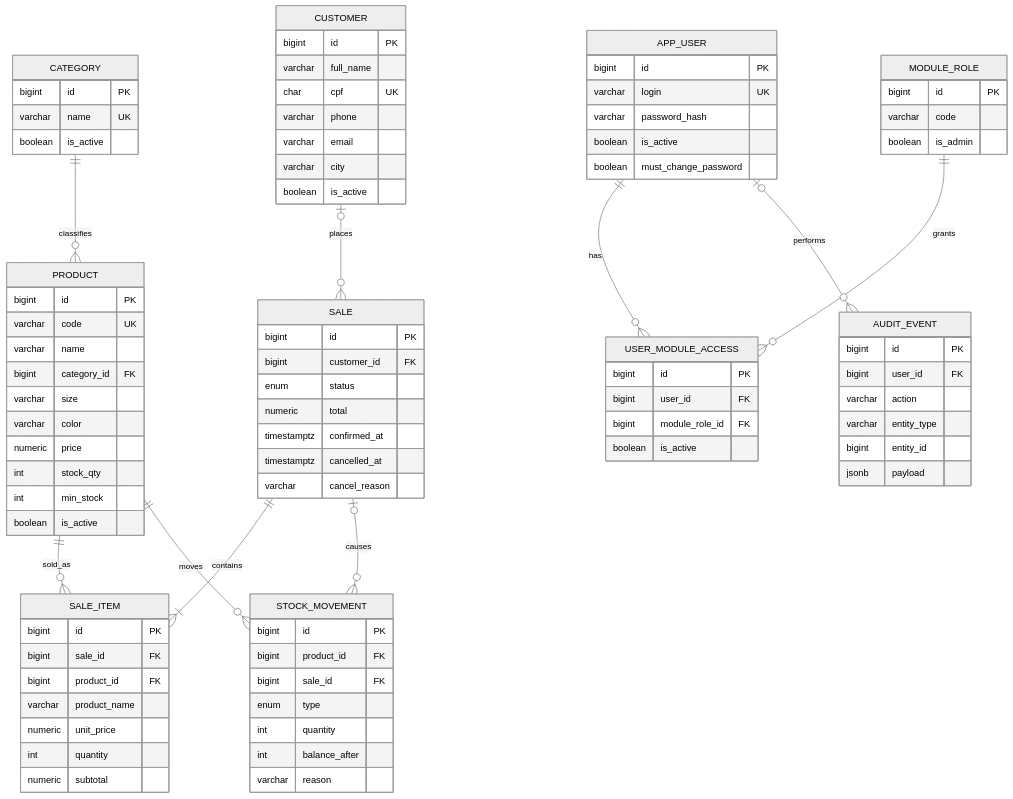
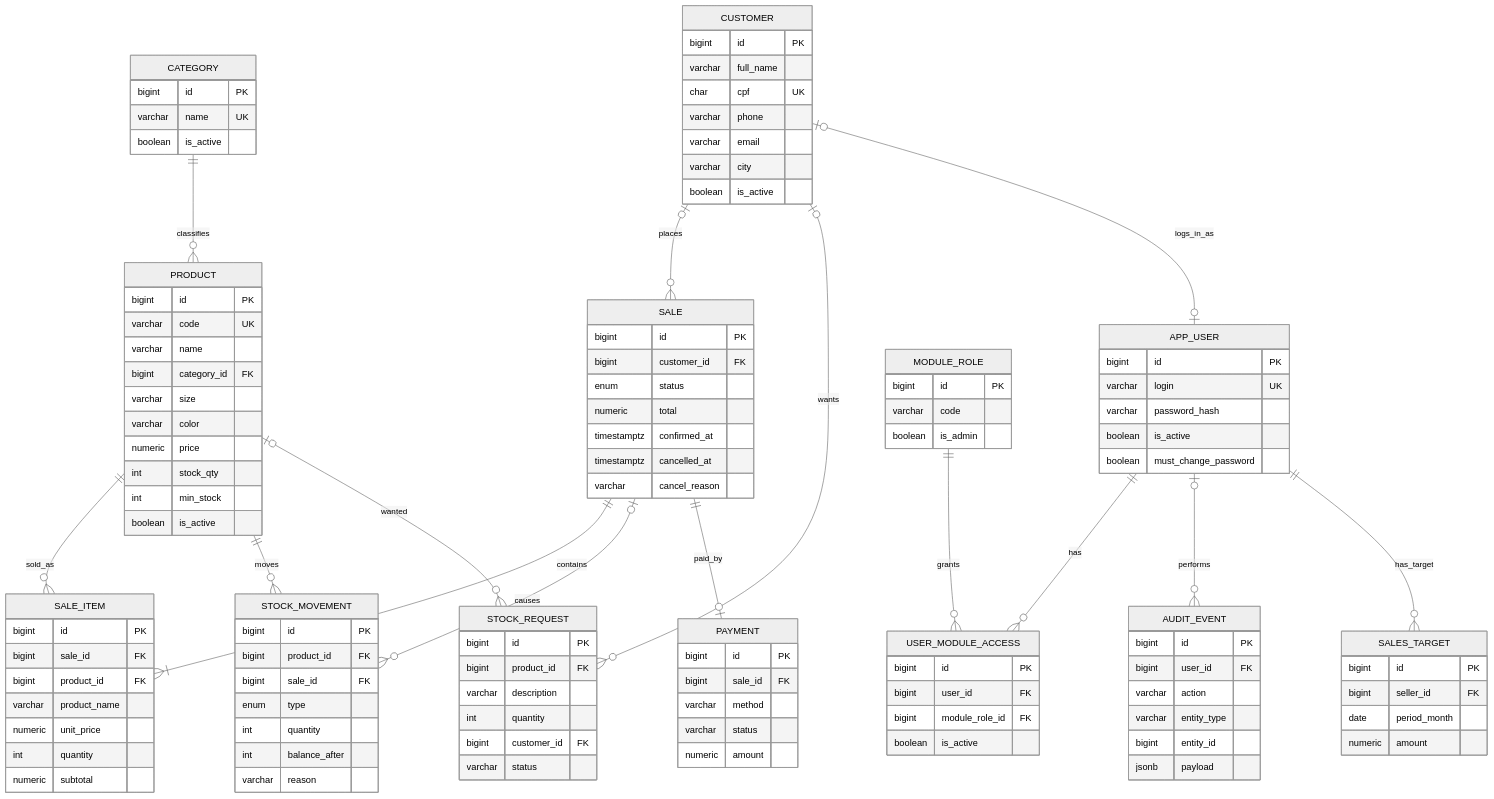
Before and after one commit to Douglasvargass/crm-loja-roupas: the diagram in crm-loja-docs/specs/erd.md, drawn with Mermaid (neutral theme). The commit also changed 239 other files, not shown here.

````diff
--- a/crm-loja-docs/specs/erd.md
+++ b/crm-loja-docs/specs/erd.md
@@ -11,6 +11,11 @@
   APP_USER ||--o{ USER_MODULE_ACCESS : has
   MODULE_ROLE ||--o{ USER_MODULE_ACCESS : grants
   APP_USER |o--o{ AUDIT_EVENT : performs
+  APP_USER ||--o{ SALES_TARGET : has_target
+  PRODUCT |o--o{ STOCK_REQUEST : wanted
+  CUSTOMER |o--o{ STOCK_REQUEST : wants
+  SALE ||--o| PAYMENT : paid_by
+  CUSTOMER |o--o| APP_USER : logs_in_as
   CATEGORY {
     bigint id PK
     varchar name UK
@@ -90,4 +95,25 @@
     bigint entity_id
     jsonb payload
   }
+  PAYMENT {
+    bigint id PK
+    bigint sale_id FK
+    varchar method
+    varchar status
+    numeric amount
+  }
+  STOCK_REQUEST {
+    bigint id PK
+    bigint product_id FK
+    varchar description
+    int quantity
+    bigint customer_id FK
+    varchar status
+  }
+  SALES_TARGET {
+    bigint id PK
+    bigint seller_id FK
+    date period_month
+    numeric amount
+  }
 ```
````
